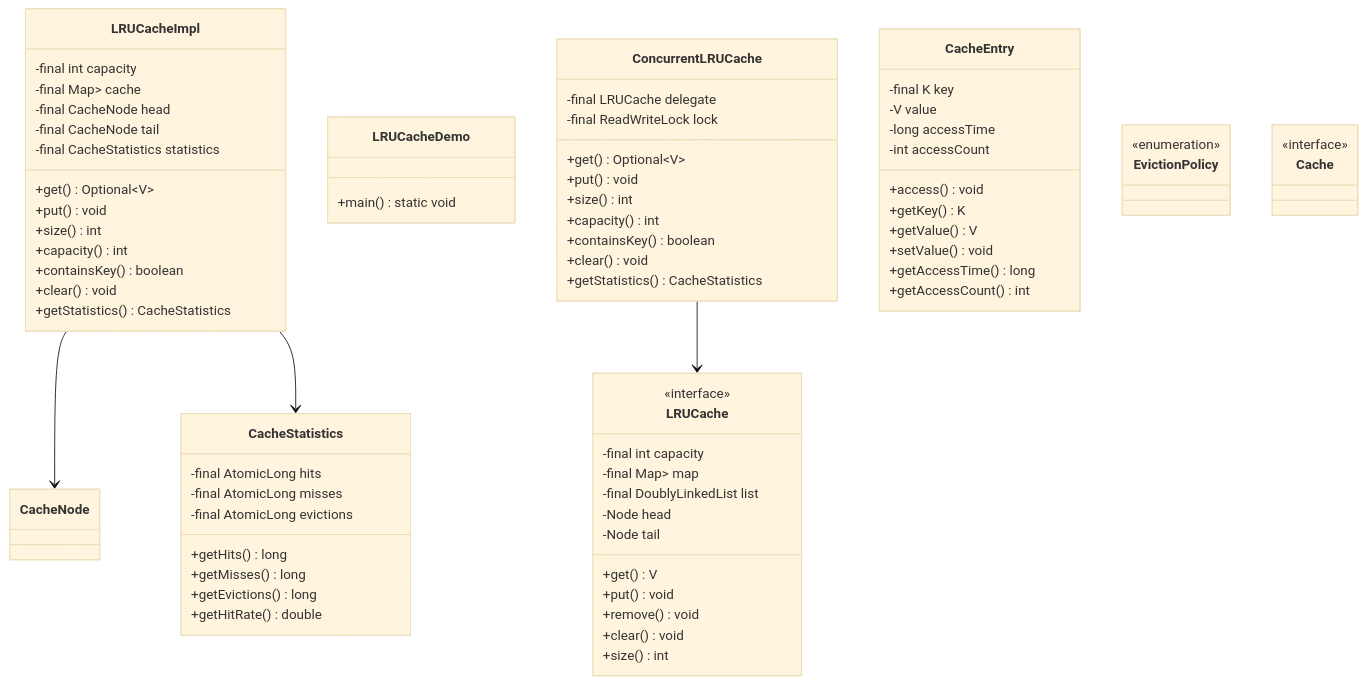
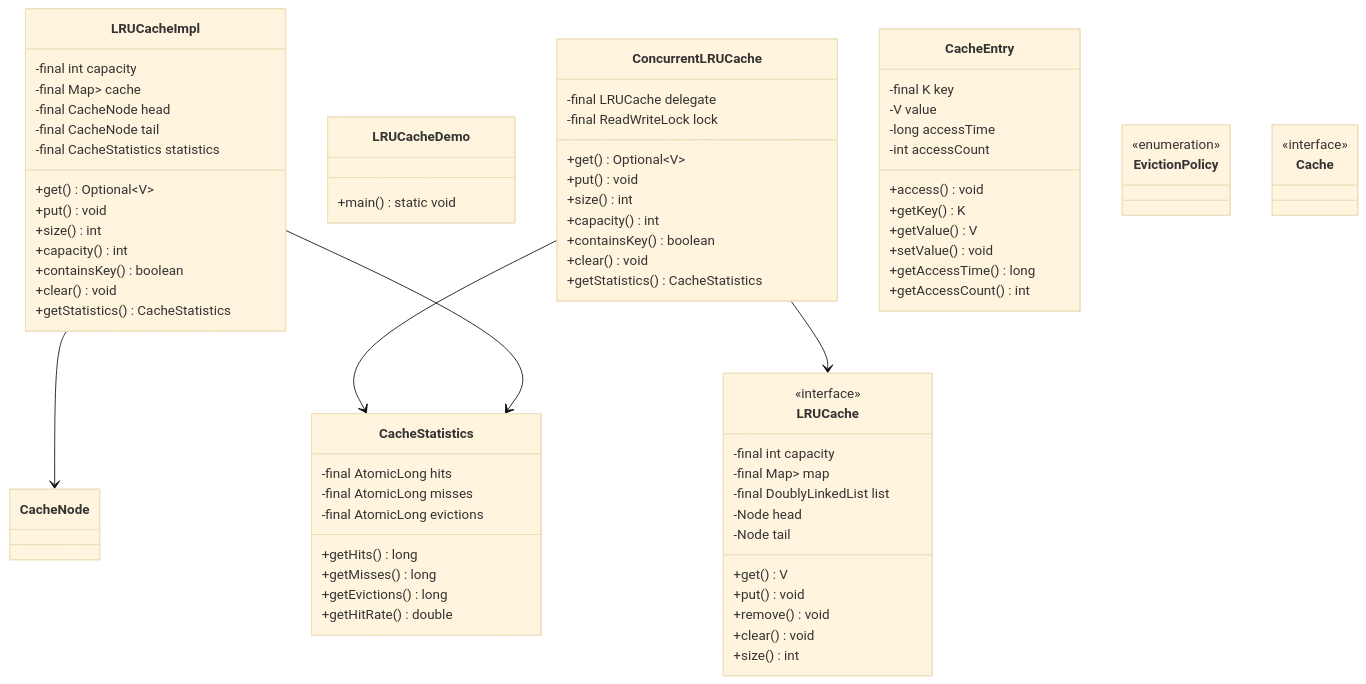
Before and after one commit to dlkr18/lld-playbook: the diagram in docs/problems/lrucache/README.md, drawn with Mermaid (base theme). The commit also changed 113 other files, not shown here.

````diff
--- a/docs/problems/lrucache/README.md
+++ b/docs/problems/lrucache/README.md
@@ -166,7 +166,8 @@
     class Cache
     <<interface>> Cache
 
+    ConcurrentLRUCache --> LRUCache
+    ConcurrentLRUCache --> CacheStatistics
     LRUCacheImpl --> CacheNode
     LRUCacheImpl --> CacheStatistics
-    ConcurrentLRUCache --> LRUCache
 ```
````
